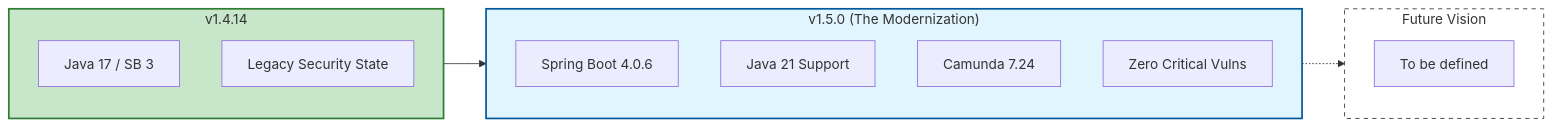
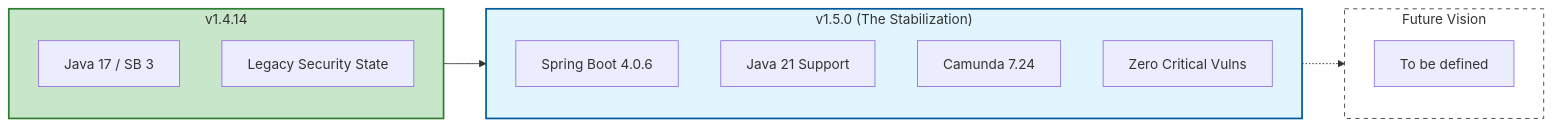
Before and after one commit to wkspower/wks-platform: the diagram in apps/react/docs/docs/roadmap.md, drawn with Mermaid. The commit also changed other lines of this file, not shown here.

Commit message:
docs(roadmap): rebrand v1.5.0 as the Stabilization release

````diff
--- a/apps/react/docs/docs/roadmap.md
+++ b/apps/react/docs/docs/roadmap.md
@@ -11,38 +11,38 @@
 ```mermaid
 flowchart LR
     %% v1.4.14: Legacy Version
     subgraph V14 ["v1.4.14"]
         direction TB
         L1[Java 17 / SB 3]
         L2[Legacy Security State]
     end
 
     %% v1.5.0: Next Release
-    subgraph V15 ["v1.5.0 (The Modernization)"]
+    subgraph V15 ["v1.5.0 (The Stabilization)"]
         direction TB
         A[Spring Boot 4.0.6]
         B[Java 21 Support]
         C[Camunda 7.24]
         S[Zero Critical Vulns]
     end
 
     %% Future: TBD
     subgraph V_FUTURE ["Future Vision"]
         direction TB
         F1[To be defined]
     end
 
     %% Logical Flow
     V14 --> V15
     V15 -.-> V_FUTURE
 
     %% Styling
     classDef completed fill:#c8e6c9,stroke:#2e7d32,stroke-width:2px;
     classDef inprogress fill:#e1f5fe,stroke:#01579b,stroke-width:2px;
     classDef planned fill:#fff,stroke:#333,stroke-width:1px,stroke-dasharray: 5 5;
     
     class V14 completed;
     class V15 inprogress;
     class V_FUTURE planned;
     class L1,L2,A,B,C,S,F1 text;
 ```
````
